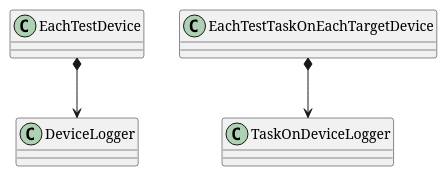
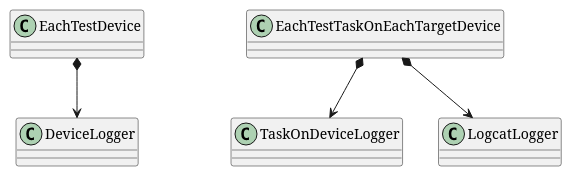
The fifth of 7 diagrams in agent/doc/UML/test_runner_design.puml (microsoft/HydraLab), drawn with PlantUML before and after one commit. The commit also changed other lines of this file and 1 other file, not shown here.

Commit message:
Correct the runner uml

```diff
--- a/agent/doc/UML/test_runner_design.puml
+++ b/agent/doc/UML/test_runner_design.puml
@@ -208,4 +135,5 @@
 @startuml loggers
 EachTestDevice *--> DeviceLogger
 EachTestTaskOnEachTargetDevice *--> TaskOnDeviceLogger
+EachTestTaskOnEachTargetDevice *--> LogcatLogger
 @enduml
```
